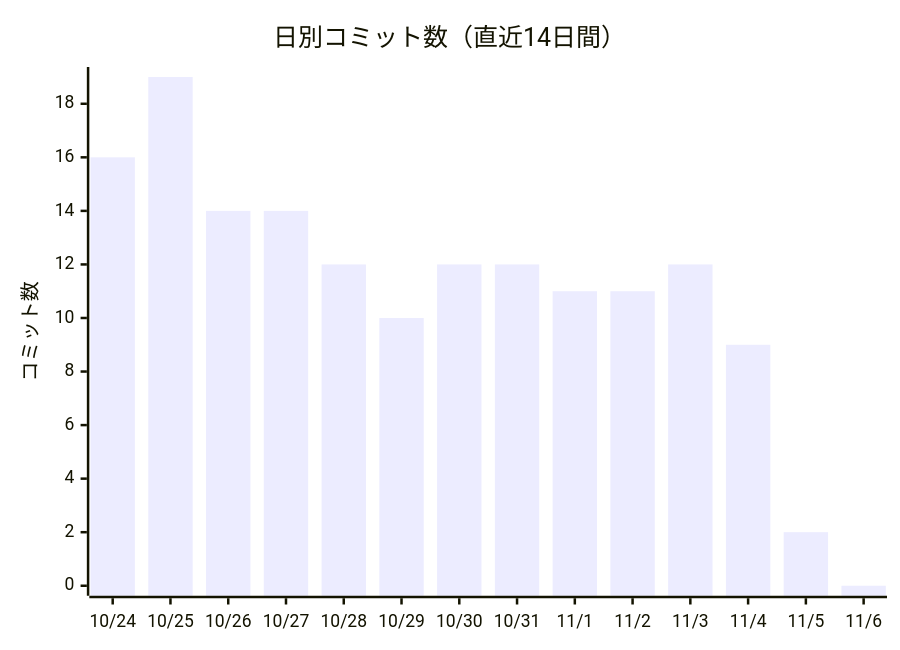
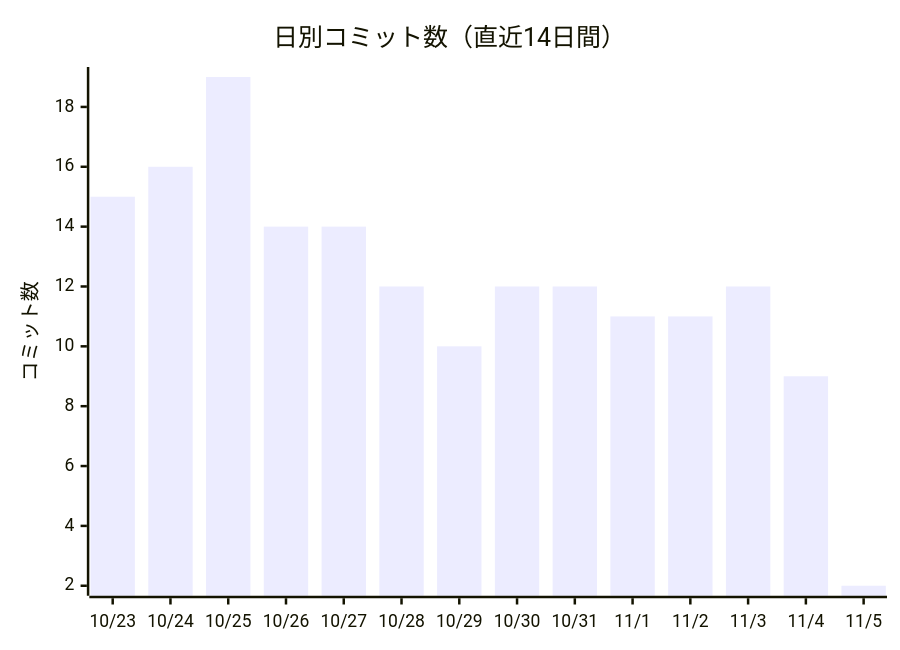
One commit to non-x2/non-x2 changed the first of 2 diagrams in docs/進化レポート.md. Above: the diagram before and after it, drawn with Mermaid. The commit also changed other lines of this file and 4 other files, not shown here.

````diff
--- a/docs/進化レポート.md
+++ b/docs/進化レポート.md
@@ -23,7 +23,7 @@
 ```mermaid
 xychart-beta
     title "日別コミット数（直近14日間）"
-    x-axis ["10/24", "10/25", "10/26", "10/27", "10/28", "10/29", "10/30", "10/31", "11/1", "11/2", "11/3", "11/4", "11/5", "11/6"]
+    x-axis ["10/23", "10/24", "10/25", "10/26", "10/27", "10/28", "10/29", "10/30", "10/31", "11/1", "11/2", "11/3", "11/4", "11/5"]
     y-axis "コミット数"
-    bar [16, 19, 14, 14, 12, 10, 12, 12, 11, 11, 12, 9, 2, 0]
+    bar [15, 16, 19, 14, 14, 12, 10, 12, 12, 11, 11, 12, 9, 2]
 ```
````
